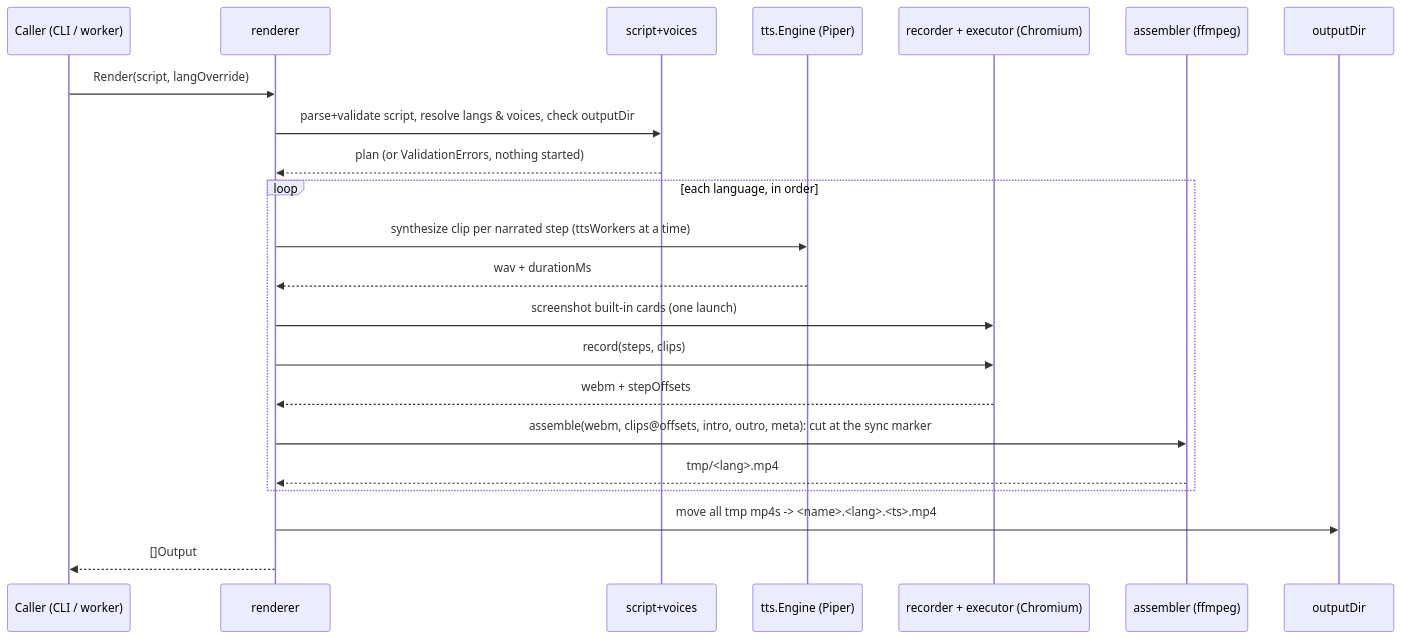
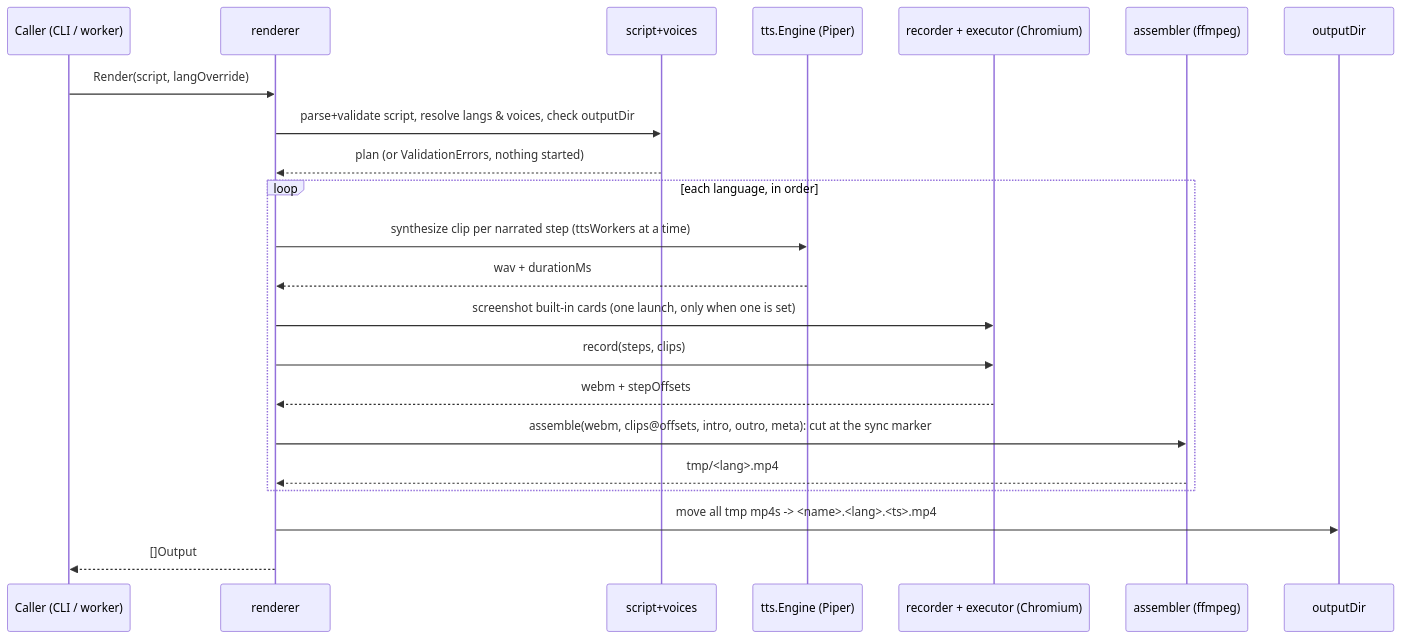
One commit to makuchpatryk/screencaster changed the second of 3 diagrams in docs/ARCHITECTURE.md. Above: the diagram before and after it, drawn with Mermaid. The commit also changed other lines of this file and 16 other files, not shown here.

````diff
--- a/docs/ARCHITECTURE.md
+++ b/docs/ARCHITECTURE.md
@@ -104,25 +104,25 @@
 ```mermaid
 sequenceDiagram
     participant C as Caller (CLI / worker)
     participant R as renderer
     participant V as script+voices
     participant T as tts.Engine (Piper)
     participant B as recorder + executor (Chromium)
     participant A as assembler (ffmpeg)
     participant FS as outputDir
 
     C->>R: Render(script, langOverride)
     R->>V: parse+validate script, resolve langs & voices, check outputDir
     V-->>R: plan (or ValidationErrors, nothing started)
     loop each language, in order
         R->>T: synthesize clip per narrated step (ttsWorkers at a time)
         T-->>R: wav + durationMs
-        R->>B: screenshot built-in cards (one launch)
+        R->>B: screenshot built-in cards (one launch, only when one is set)
         R->>B: record(steps, clips)
         B-->>R: webm + stepOffsets
         R->>A: assemble(webm, clips@offsets, intro, outro, meta): cut at the sync marker
         A-->>R: tmp/<lang>.mp4
     end
     R->>FS: move all tmp mp4s -> <name>.<lang>.<ts>.mp4
     R-->>C: []Output
 ```
````
